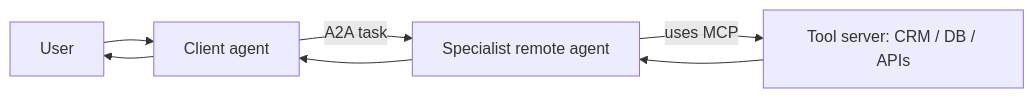
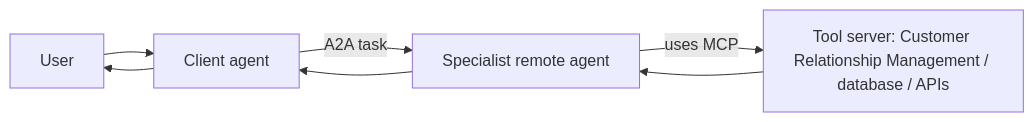
Before and after one commit to AkramCodeer/PythonLearning: the first of 2 diagrams in ai_interview_questions/03_agents_frameworks_and_protocols.md, drawn with Mermaid. The commit also changed other lines of this file and 7 other files, not shown here.

````diff
--- a/ai_interview_questions/03_agents_frameworks_and_protocols.md
+++ b/ai_interview_questions/03_agents_frameworks_and_protocols.md
@@ -34,7 +34,7 @@
 ```mermaid
 flowchart LR
     U[User] --> CA[Client agent]
     CA -->|A2A task| SA[Specialist remote agent]
-    SA -->|uses MCP| TS[Tool server: CRM / DB / APIs]
+    SA -->|uses MCP| TS[Tool server: Customer Relationship Management / database / APIs]
     TS --> SA --> CA --> U
 ```
````
